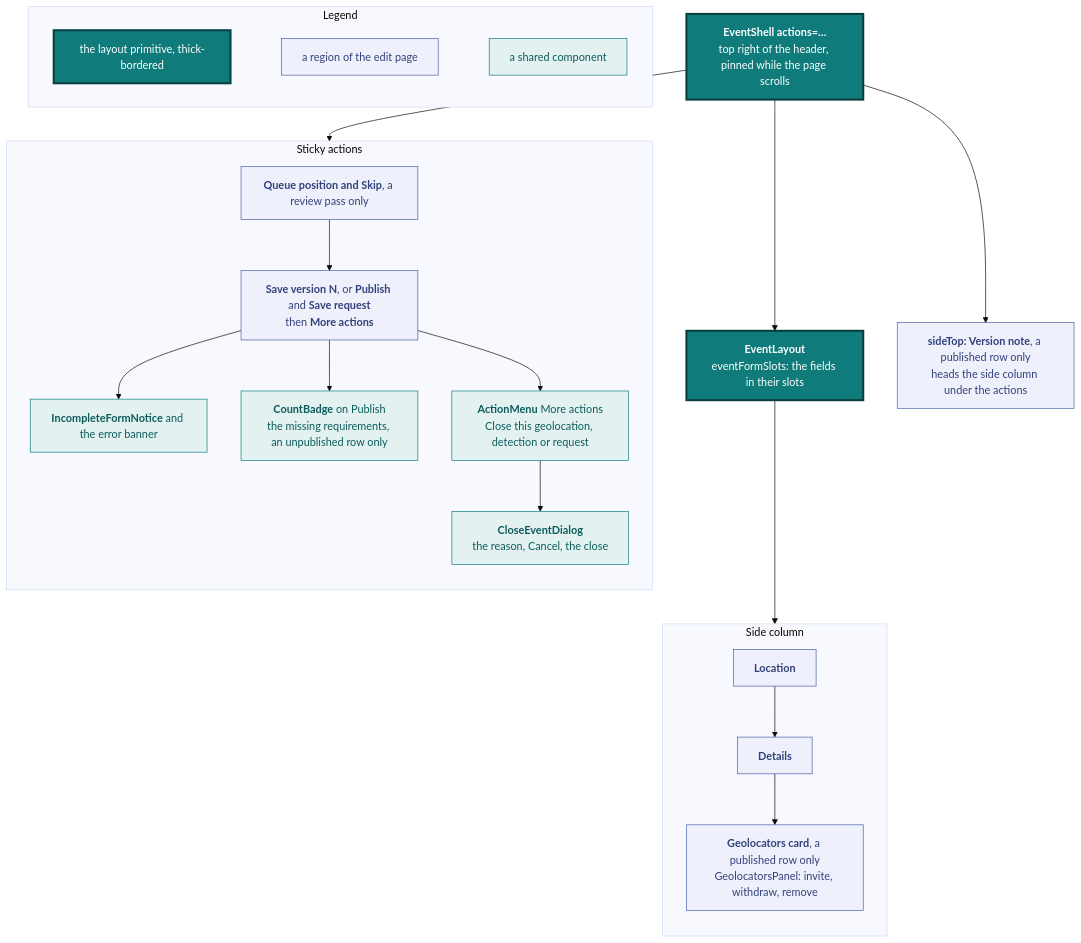
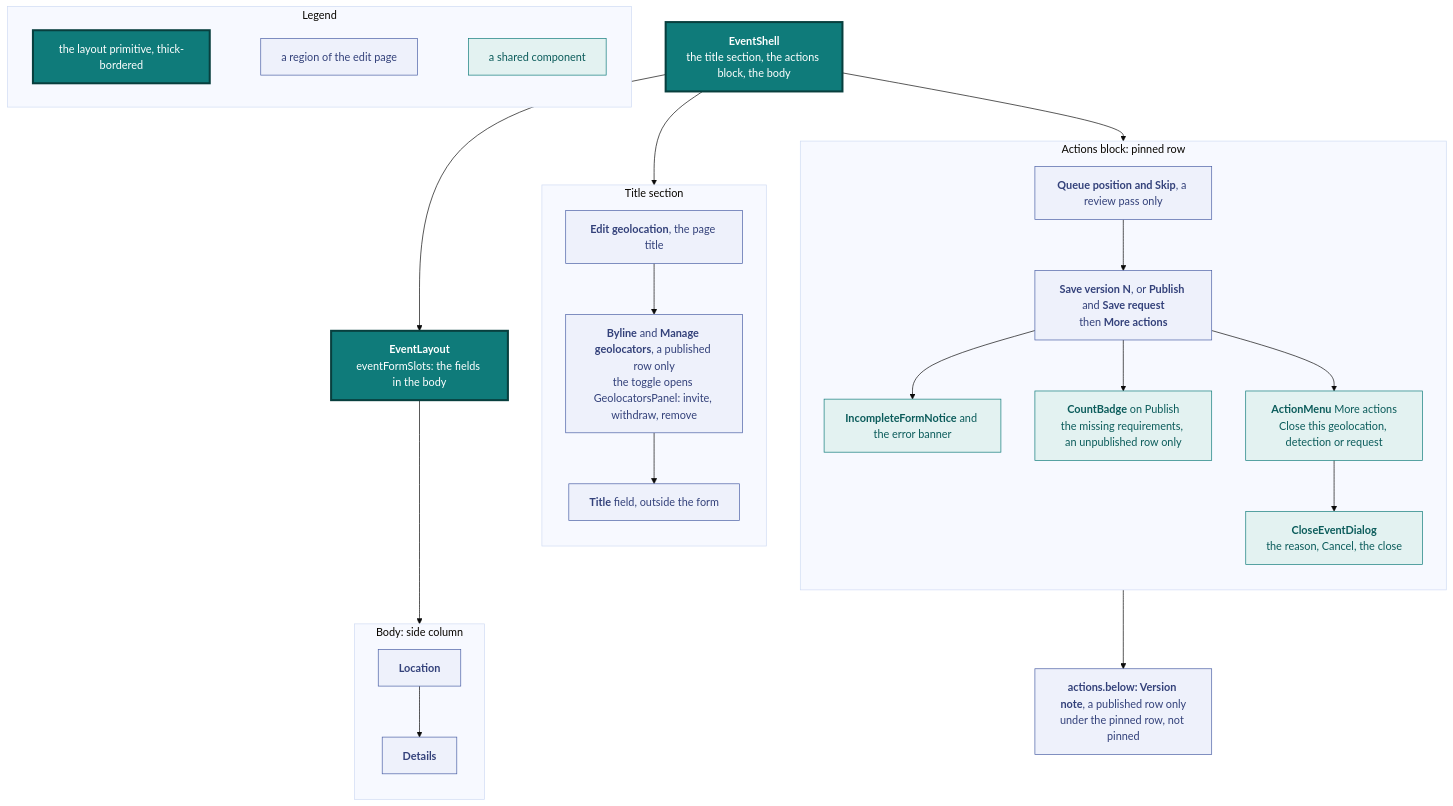
Before and after one commit to vidithq/vidit: diagram 11 of 15 in docs/design.md, drawn with Mermaid (base theme). The commit also changed other lines of this file and 20 other files, not shown here.

First line of the commit message:
feat(frontend): reduce the event shell to a title, an actions block and a body

````diff
--- a/docs/design.md
+++ b/docs/design.md
@@ -1040,52 +1043,59 @@
 ```mermaid
 flowchart TB
   classDef spec fill:#eef1fb,stroke:#4a5fa5,color:#33417a
   classDef shared fill:#e3f2f1,stroke:#0f7b7a,color:#0b5c5b
   classDef core fill:#0f7b7a,stroke:#083f3e,stroke-width:3px,color:#ffffff
 
   subgraph legend [Legend]
     direction LR
     l1["`the layout primitive, thick-bordered`"]:::core
     l2["`a region of the edit page`"]:::spec
     l3["`a shared component`"]:::shared
     l1 ~~~ l2 ~~~ l3
   end
 
-  shell["`**EventShell actions=…**
-  top right of the header, pinned while the page scrolls`"]:::core
+  shell["`**EventShell**
+  the title section, the actions block, the body`"]:::core
   layout["`**EventLayout**
-  eventFormSlots: the fields in their slots`"]:::core
+  eventFormSlots: the fields in the body`"]:::core
 
-  subgraph rail [Sticky actions]
+  subgraph titlesection [Title section]
+    direction TB
+    heading["`**Edit geolocation**, the page title`"]:::spec
+    byline["`**Byline** and **Manage geolocators**, a published row only
+    the toggle opens GeolocatorsPanel: invite, withdraw, remove`"]:::spec
+    title["`**Title** field, outside the form`"]:::spec
+    heading --> byline --> title
+  end
+
+  subgraph rail [Actions block: pinned row]
     direction TB
     queue["`**Queue position and Skip**, a review pass only`"]:::spec
     actions["`**Save version N**, or **Publish** and **Save request**
     then **More actions**`"]:::spec
     count["`**CountBadge** on Publish
     the missing requirements, an unpublished row only`"]:::shared
     banners["`**IncompleteFormNotice** and the error banner`"]:::shared
     menu["`**ActionMenu** More actions
     Close this geolocation, detection or request`"]:::shared
     dialog["`**CloseEventDialog**
     the reason, Cancel, the close`"]:::shared
     queue --> actions --> banners
     actions --> count
     actions --> menu --> dialog
   end
 
-  note["`**sideTop: Version note**, a published row only
-  heads the side column under the actions`"]:::spec
+  note["`**actions.below: Version note**, a published row only
+  under the pinned row, not pinned`"]:::spec
 
-  subgraph side [Side column]
+  subgraph side [Body: side column]
     direction TB
     location["`**Location**`"]:::spec
     details["`**Details**`"]:::spec
-    credit["`**Geolocators card**, a published row only
-    GeolocatorsPanel: invite, withdraw, remove`"]:::spec
-    location --> details --> credit
+    location --> details
   end
 
-  shell --> rail
-  shell --> note
+  shell --> titlesection
+  shell --> rail --> note
   shell --> layout --> side
 ```
````
